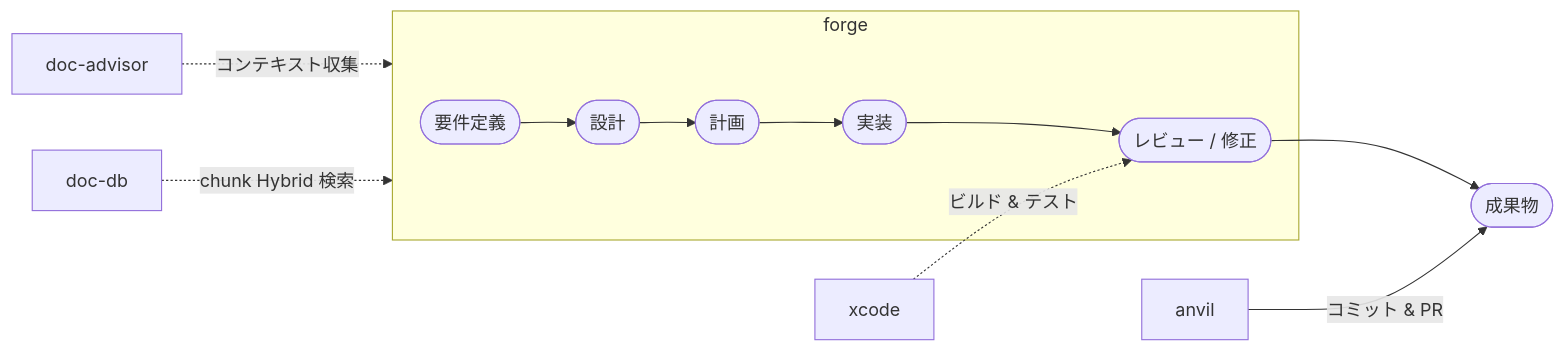
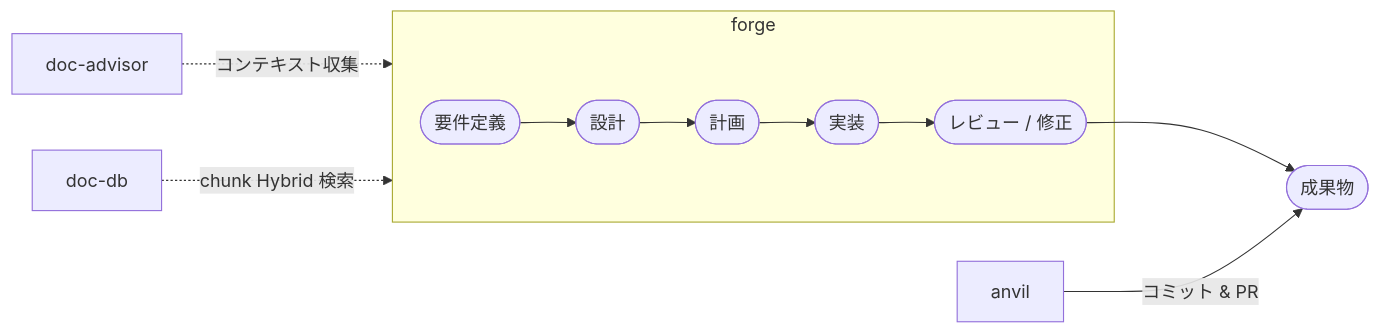
The first of 2 diagrams in README.md (BlueEventHorizon/bw-cc-plugins), drawn with Mermaid before and after one commit. The commit also changed other lines of this file and 21 other files, not shown here.

````diff
--- a/README.md
+++ b/README.md
@@ -28,11 +28,10 @@
 ```mermaid
 flowchart LR
     subgraph forge
         R([要件定義]) --> D([設計]) --> P([計画]) --> I([実装]) --> RF([レビュー / 修正])
     end
     RF --> DL([成果物])
     DA[doc-advisor] -. コンテキスト収集 .-> forge
     DB[doc-db] -. chunk Hybrid 検索 .-> forge
     AV[anvil] -- コミット & PR --> DL
-    XC[xcode] -. ビルド & テスト .-> RF
 ```
````
